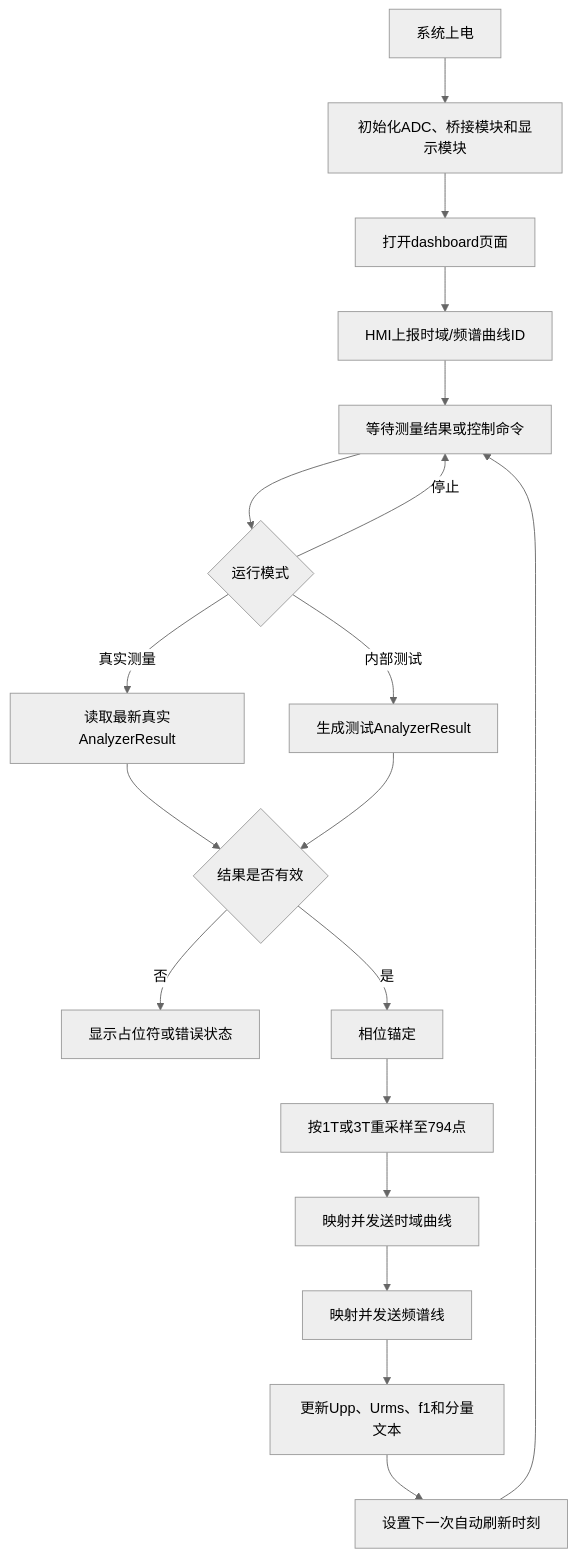
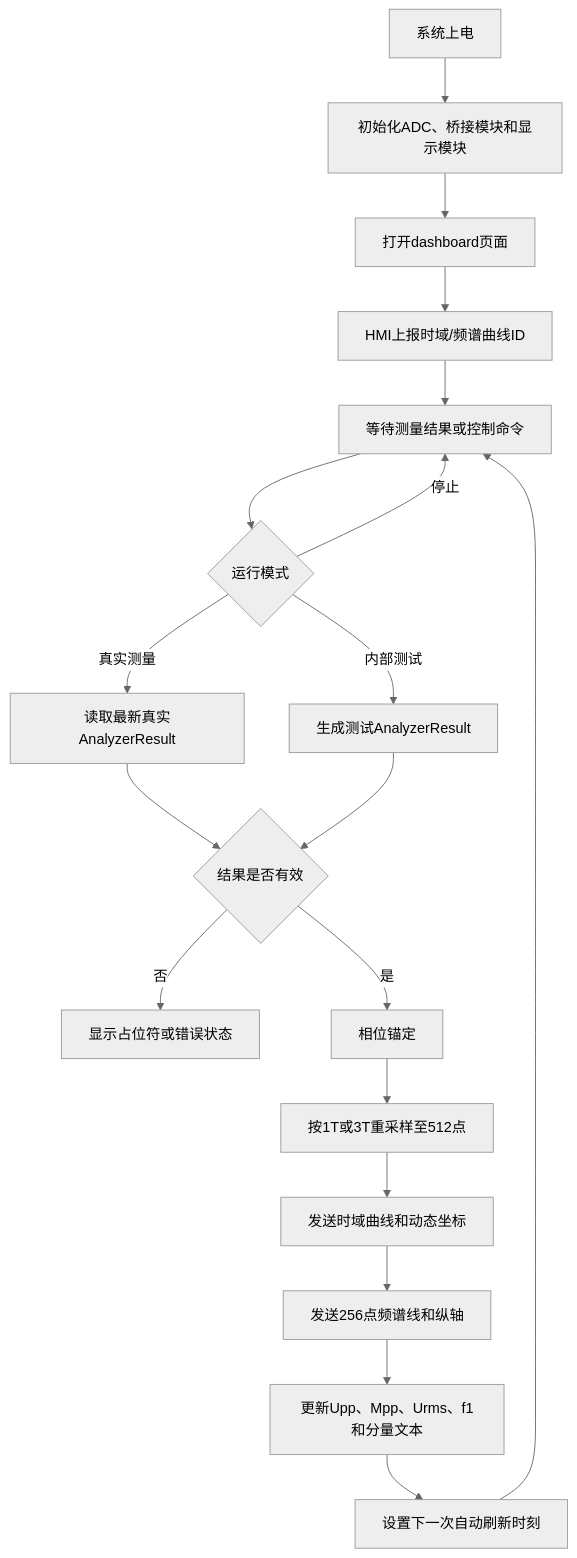
Before and after one commit to Git-ys1/STM32G474-Periodic-Signal-Analyzer: the second of 6 diagrams in G_Periodic_Signal_Analyzer/docs/05_report/REPORT_DISPLAY_MODULE_DRAFT.md, drawn with Mermaid (neutral theme). The commit also changed other lines of this file and 20 other files, not shown here.

````diff
--- a/G_Periodic_Signal_Analyzer/docs/05_report/REPORT_DISPLAY_MODULE_DRAFT.md
+++ b/G_Periodic_Signal_Analyzer/docs/05_report/REPORT_DISPLAY_MODULE_DRAFT.md
@@ -455,21 +454,21 @@
 ```mermaid
 flowchart TD
     A["系统上电"] --> B["初始化ADC、桥接模块和显示模块"]
     B --> C["打开dashboard页面"]
     C --> D["HMI上报时域/频谱曲线ID"]
     D --> E["等待测量结果或控制命令"]
     E --> F{"运行模式"}
     F -->|"真实测量"| G["读取最新真实AnalyzerResult"]
     F -->|"内部测试"| H["生成测试AnalyzerResult"]
     F -->|"停止"| E
     G --> I{"结果是否有效"}
     H --> I
     I -->|"否"| J["显示占位符或错误状态"]
     I -->|"是"| K["相位锚定"]
-    K --> L["按1T或3T重采样至794点"]
-    L --> M["映射并发送时域曲线"]
-    M --> N["映射并发送频谱线"]
-    N --> O["更新Upp、Urms、f1和分量文本"]
+    K --> L["按1T或3T重采样至512点"]
+    L --> M["发送时域曲线和动态坐标"]
+    M --> N["发送256点频谱线和纵轴"]
+    N --> O["更新Upp、Mpp、Urms、f1和分量文本"]
     O --> P["设置下一次自动刷新时刻"]
     P --> E
 ```
````
